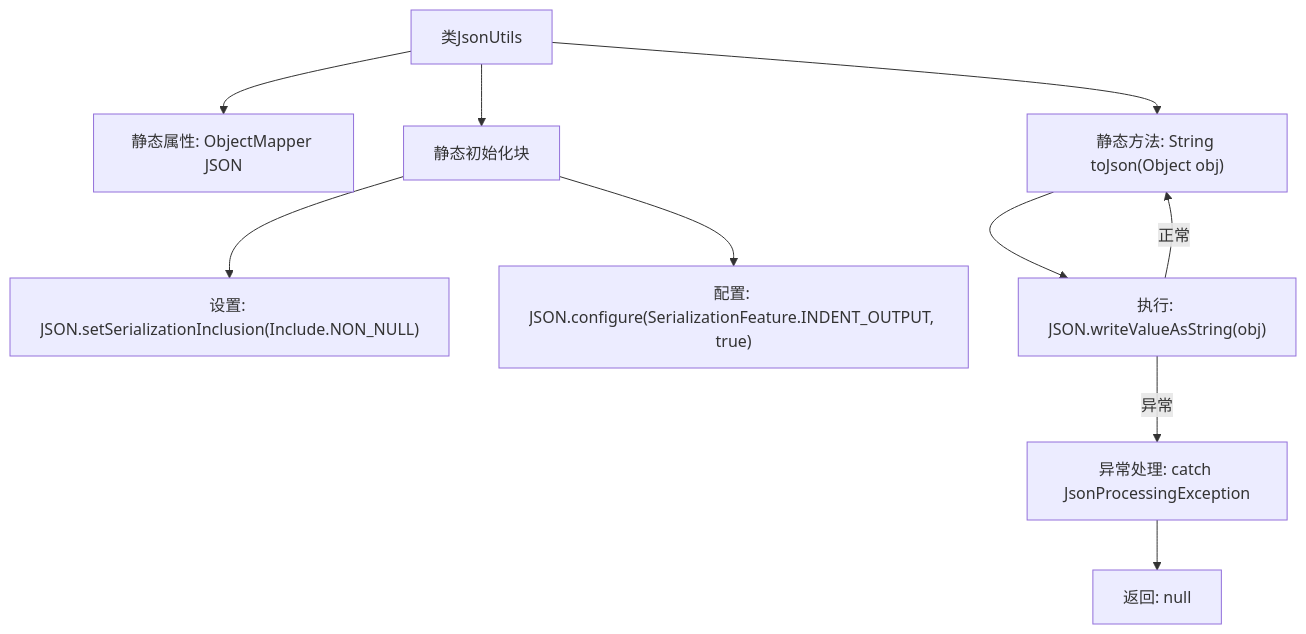
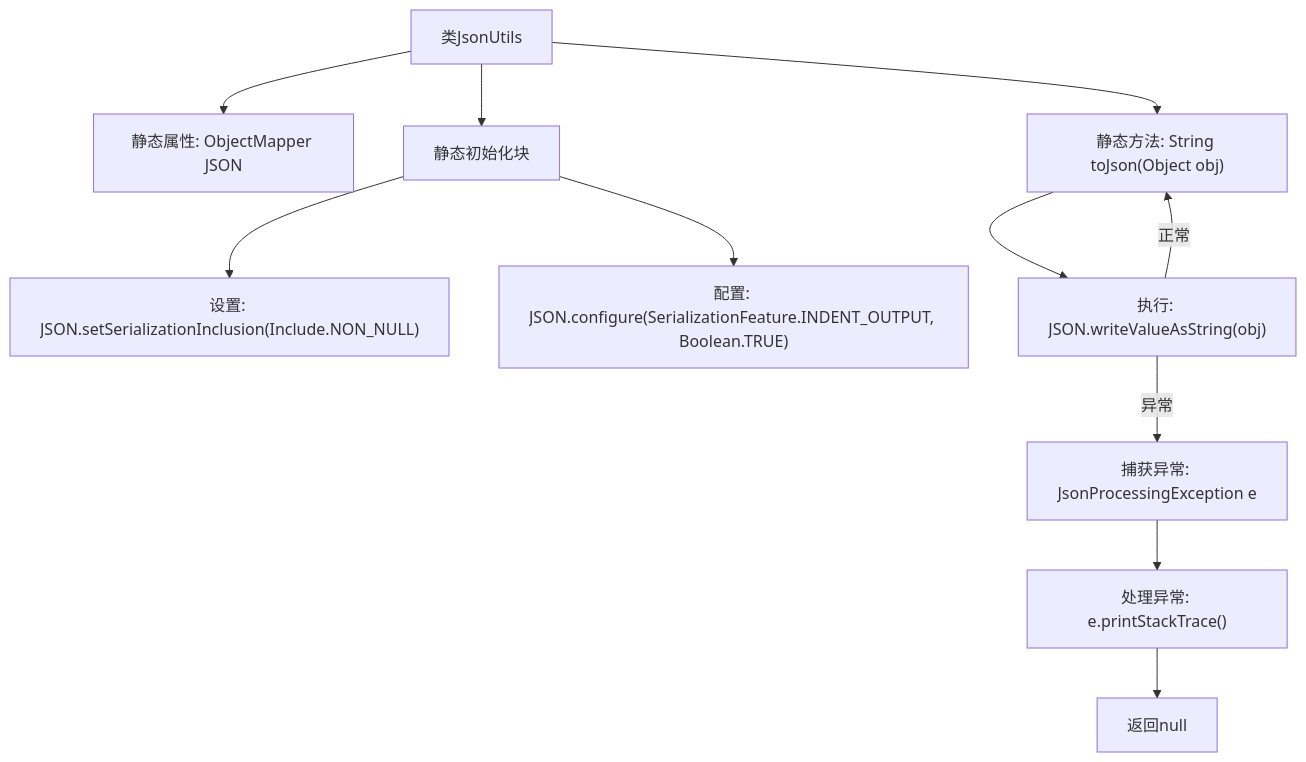
One commit to v-wjrong/rongwj666_weixin-java-miniapp-demo changed the second of 2 diagrams in docs/zh/docs/src/main/java/com/github/binarywang/demo/wx/miniapp/utils/JsonUtils.md. Above: the diagram before and after it, drawn with Mermaid. The commit also changed other lines of this file and 47 other files, not shown here.

````diff
--- a/docs/zh/docs/src/main/java/com/github/binarywang/demo/wx/miniapp/utils/JsonUtils.md
+++ b/docs/zh/docs/src/main/java/com/github/binarywang/demo/wx/miniapp/utils/JsonUtils.md
@@ -57,22 +67,24 @@
 ```mermaid
 graph TD
     A["类JsonUtils"]
     B["静态属性: ObjectMapper JSON"]
     C["静态初始化块"]
     D["设置: JSON.setSerializationInclusion(Include.NON_NULL)"]
-    E["配置: JSON.configure(SerializationFeature.INDENT_OUTPUT, true)"]
+    E["配置: JSON.configure(SerializationFeature.INDENT_OUTPUT, Boolean.TRUE)"]
     F["静态方法: String toJson(Object obj)"]
     G["执行: JSON.writeValueAsString(obj)"]
-    H["异常处理: catch JsonProcessingException"]
-    I["返回: null"]
+    H["捕获异常: JsonProcessingException e"]
+    I["处理异常: e.printStackTrace()"]
+    J["返回null"]
 
     A --> B
     A --> C
     C --> D
     C --> E
     A --> F
     F --> G
     G -->|异常| H
+    H --> I
+    I --> J
     G -->|正常| F
-    H --> I
 ```
````
